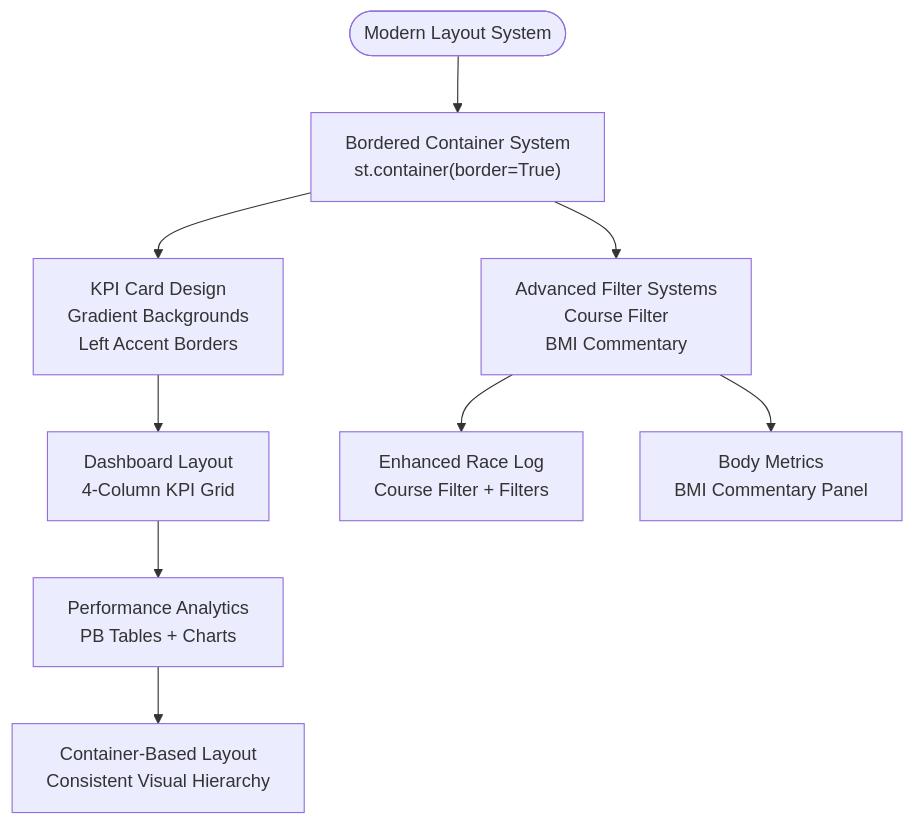
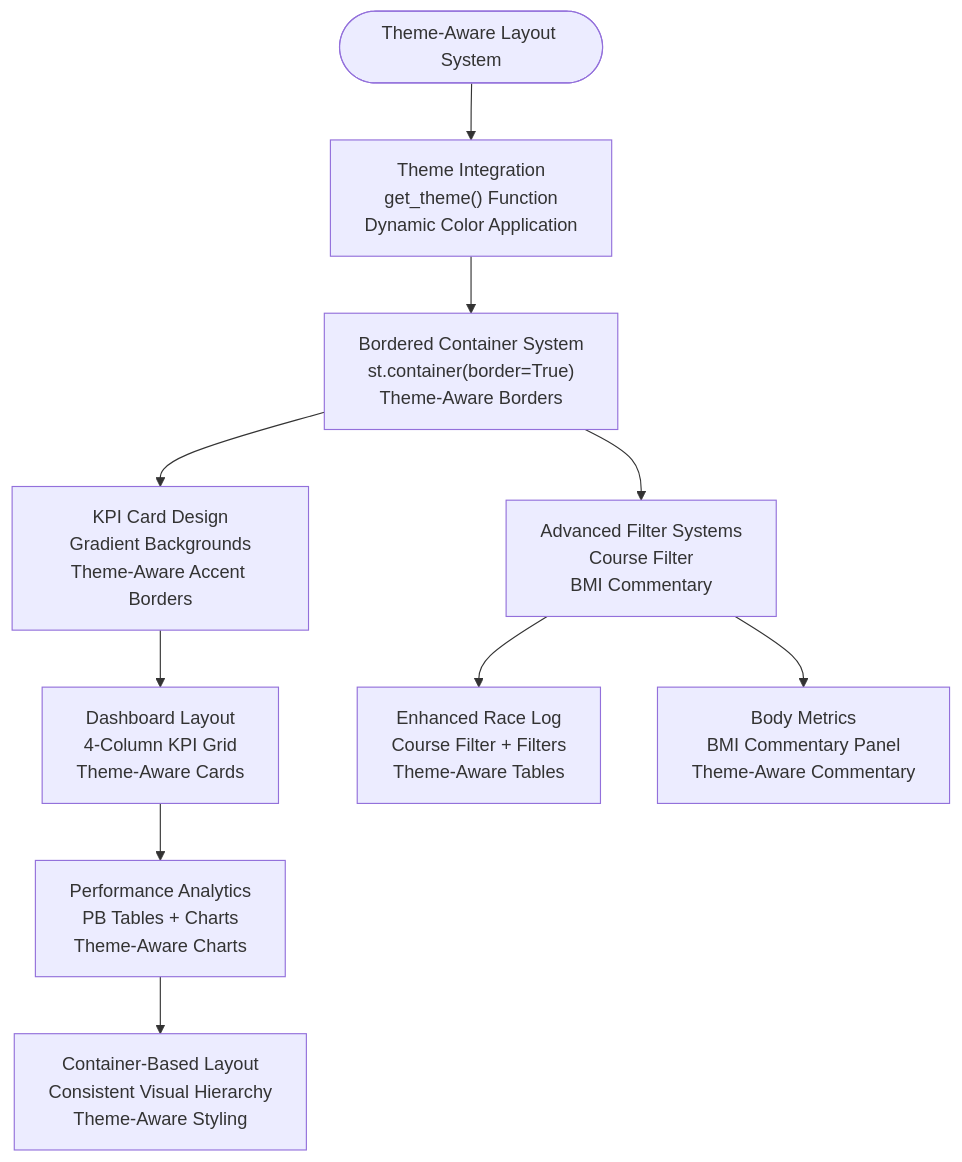
Before and after one commit to Johnny22056/SwimingStatus: the sixth of 15 diagrams in .qoder/repowiki/en/content/Core Components/Application Controller.md, drawn with Mermaid. The commit also changed other lines of this file and 2 other files, not shown here.

First line of the commit message:
feat(theme): integrate comprehensive dynamic theme management system

````diff
--- a/.qoder/repowiki/en/content/Core Components/Application Controller.md
+++ b/.qoder/repowiki/en/content/Core Components/Application Controller.md
@@ -252,11 +306,12 @@
 ```mermaid
 flowchart TD
-ModernLayout([Modern Layout System]) --> BorderContainers["Bordered Container System<br/>st.container(border=True)"]
-BorderContainers --> KPICards["KPI Card Design<br/>Gradient Backgrounds<br/>Left Accent Borders"]
+ModernLayout([Theme-Aware Layout System]) --> ThemeIntegration["Theme Integration<br/>get_theme() Function<br/>Dynamic Color Application"]
+ThemeIntegration --> BorderContainers["Bordered Container System<br/>st.container(border=True)<br/>Theme-Aware Borders"]
+BorderContainers --> KPICards["KPI Card Design<br/>Gradient Backgrounds<br/>Theme-Aware Accent Borders"]
 BorderContainers --> FilterSystems["Advanced Filter Systems<br/>Course Filter<br/>BMI Commentary"]
-KPICards --> Dashboard["Dashboard Layout<br/>4-Column KPI Grid"]
-FilterSystems --> RaceLog["Enhanced Race Log<br/>Course Filter + Filters"]
-FilterSystems --> BodyMetrics["Body Metrics<br/>BMI Commentary Panel"]
-Dashboard --> Performance["Performance Analytics<br/>PB Tables + Charts"]
-Performance --> ContainerLayout["Container-Based Layout<br/>Consistent Visual Hierarchy"]
+KPICards --> Dashboard["Dashboard Layout<br/>4-Column KPI Grid<br/>Theme-Aware Cards"]
+FilterSystems --> RaceLog["Enhanced Race Log<br/>Course Filter + Filters<br/>Theme-Aware Tables"]
+FilterSystems --> BodyMetrics["Body Metrics<br/>BMI Commentary Panel<br/>Theme-Aware Commentary"]
+Dashboard --> Performance["Performance Analytics<br/>PB Tables + Charts<br/>Theme-Aware Charts"]
+Performance --> ContainerLayout["Container-Based Layout<br/>Consistent Visual Hierarchy<br/>Theme-Aware Styling"]
 ```
````
